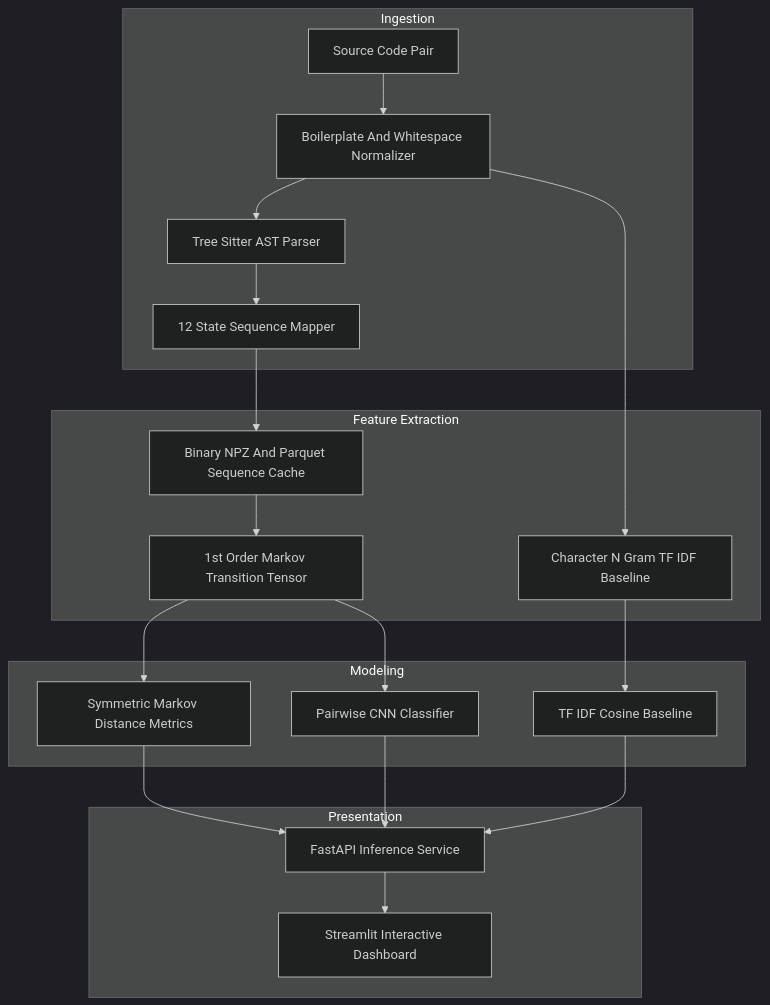
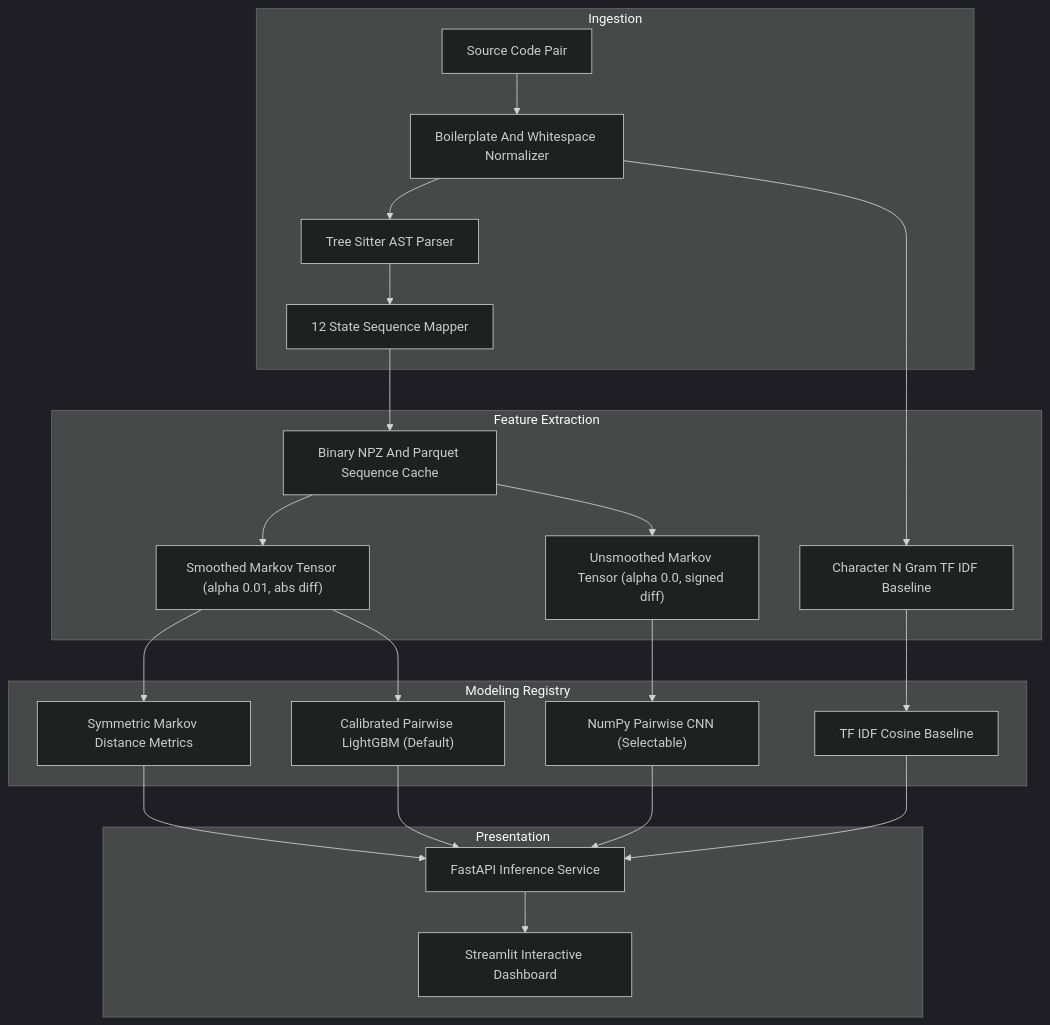
Before and after one commit to dokyuhan/TC3002B_reto: the diagram in docs/architecture.mmd, drawn with Mermaid (dark theme). The commit also changed 17 other files, not shown here.

```diff
--- a/docs/architecture.mmd
+++ b/docs/architecture.mmd
@@ -1,25 +1,28 @@
 flowchart TD
     subgraph Ingestion
         A1["Source Code Pair"] --> B1["Boilerplate And Whitespace Normalizer"]
         B1 --> C1["Tree Sitter AST Parser"]
         C1 --> D1["12 State Sequence Mapper"]
     end
 
     subgraph FeaturePipeline["Feature Extraction"]
         D1 --> F1["Binary NPZ And Parquet Sequence Cache"]
-        F1 --> E1["1st Order Markov Transition Tensor"]
+        F1 --> E1["Smoothed Markov Tensor (alpha 0.01, abs diff)"]
+        F1 --> E3["Unsmoothed Markov Tensor (alpha 0.0, signed diff)"]
         B1 --> E2["Character N Gram TF IDF Baseline"]
     end
 
-    subgraph ModelingEngine["Modeling"]
+    subgraph ModelingEngine["Modeling Registry"]
         E1 --> G1["Symmetric Markov Distance Metrics"]
-        E1 --> G2["Pairwise CNN Classifier"]
+        E1 --> G2["Calibrated Pairwise LightGBM (Default)"]
+        E3 --> G4["NumPy Pairwise CNN (Selectable)"]
         E2 --> G3["TF IDF Cosine Baseline"]
     end
 
     subgraph ServiceLayer["Presentation"]
         G1 --> H1["FastAPI Inference Service"]
         G2 --> H1
+        G4 --> H1
         G3 --> H1
         H1 --> I1["Streamlit Interactive Dashboard"]
     end
```
